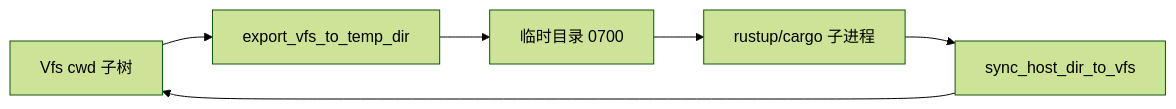
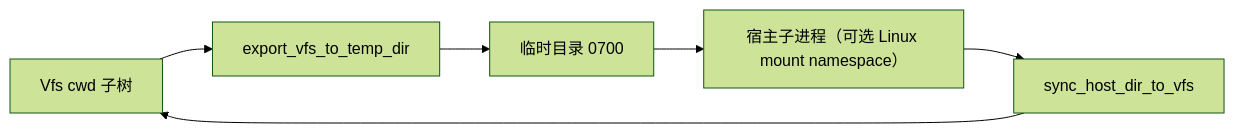
One commit to TangCan/xtask_todo changed the third of 3 diagrams in docs/design.md. Above: the diagram before and after it, drawn with Mermaid (forest theme). The commit also changed other lines of this file and 52 other files, not shown here.

````diff
--- a/docs/design.md
+++ b/docs/design.md
@@ -155,11 +165,11 @@
 ```mermaid
 flowchart LR
     VFS[Vfs cwd 子树]
     Exp[export_vfs_to_temp_dir]
     Tmp[临时目录 0700]
-    Run[rustup/cargo 子进程]
+    Run[宿主子进程（可选 Linux mount namespace）]
     Sync[sync_host_dir_to_vfs]
     VFS --> Exp --> Tmp
     Tmp --> Run
     Run --> Sync --> VFS
 ```
````
